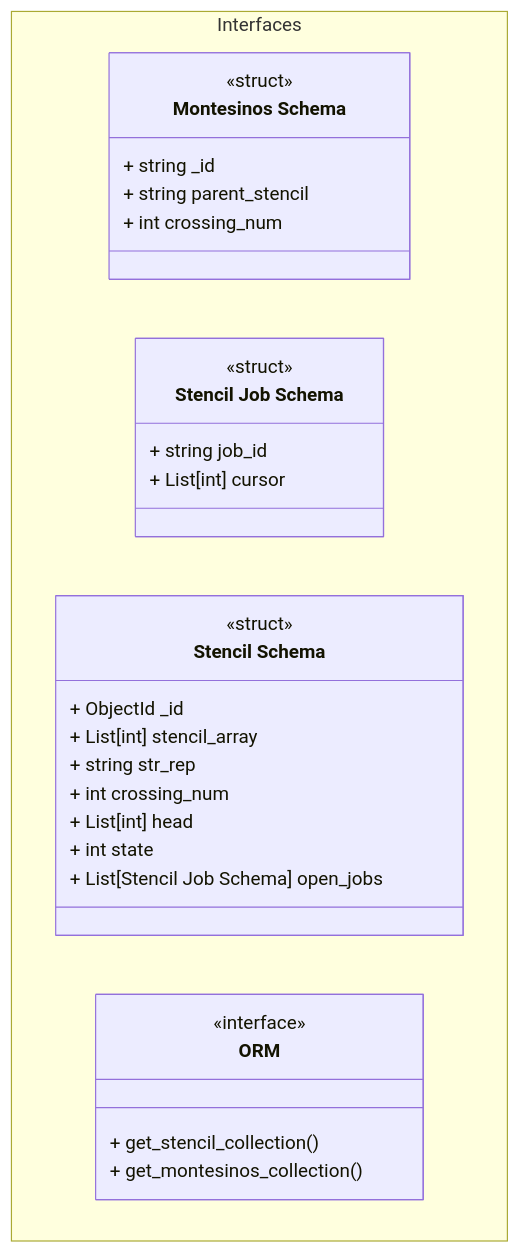
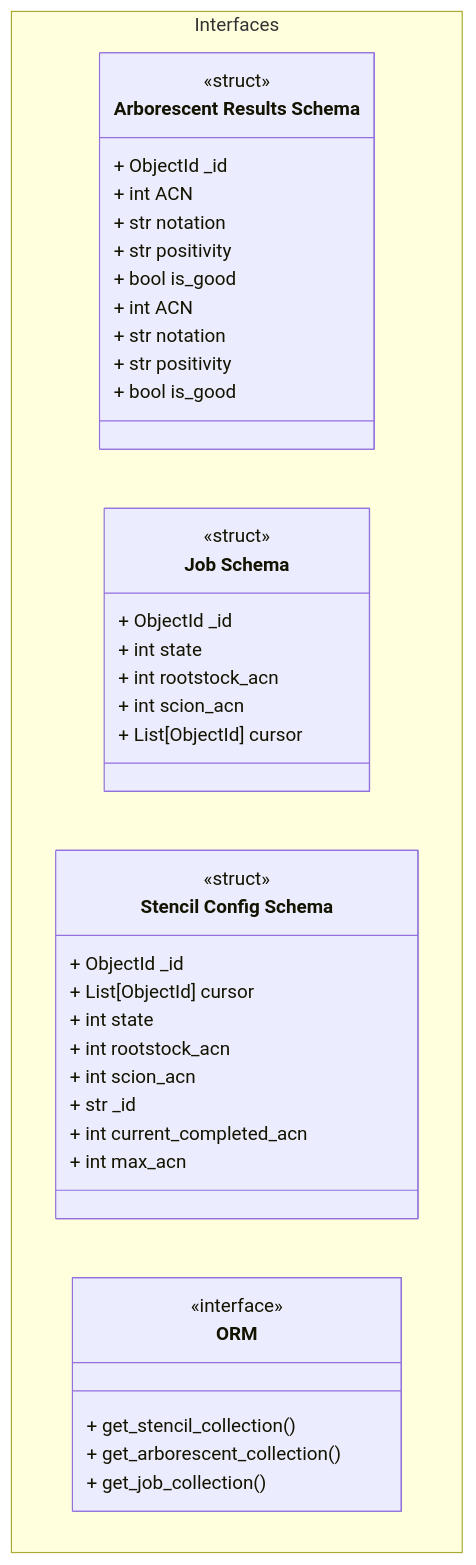
The diagram in docs/unit_description/arborescent/orm.md (Uiowa-Applied-Topology/tanglenomicon_web_api), drawn with Mermaid before and after one commit. The commit also changed other lines of this file and 5 other files, not shown here.

````diff
--- a/docs/unit_description/arborescent/orm.md
+++ b/docs/unit_description/arborescent/orm.md
@@ -9,35 +9,54 @@
 ```mermaid
 
 classDiagram
     namespace Interfaces {
-        class schema["Montesinos Schema"] {
+        class schema["Arborescent Schema"] {
             <<struct>>
-            + string _id
-            + string parent_stencil
-            + int crossing_num
+            + ObjectId _id
+            + int ACN
+            + str notation
+            + str positivity
+            + bool is_good
         }
 
-        class schema_sten_job["Stencil Job Schema"] {
+        class schema["Arborescent Results Schema"] {
             <<struct>>
-            + string job_id
-            + List[int] cursor
+            + int ACN
+            + str notation
+            + str positivity
+            + bool is_good
+        }
+
+        class schema_sten_job["Job Schema"] {
+            <<struct>>
+            + ObjectId _id
+            + int state
+            + int rootstock_acn
+            + int scion_acn
+            + List[ObjectId] cursor
         }
 
         class schema_sten["Stencil Schema"] {
             <<struct>>
             + ObjectId _id
-            + List[int] stencil_array
-            + string str_rep
-            + int crossing_num
-            + List[int] head
+            + List[ObjectId] cursor
             + int state
-            + List[Stencil Job Schema] open_jobs
+            + int rootstock_acn
+            + int scion_acn
+        }
+
+        class schema_sten["Stencil Config Schema"] {
+            <<struct>>
+            + str _id
+            + int current_completed_acn
+            + int max_acn
         }
 
         class age["ORM"] {
             <<interface>>
             + get_stencil_collection()
-            + get_montesinos_collection()
+            + get_arborescent_collection()
+            + get_job_collection()
         }
     }
 ```
````
